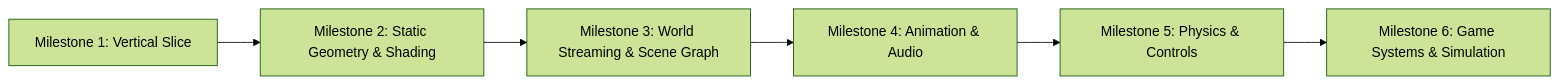
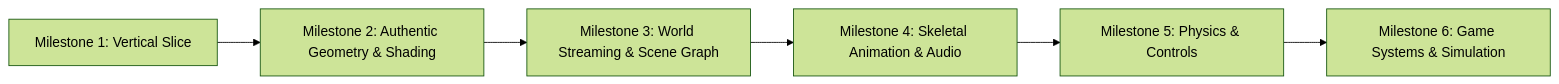
One commit to the-rohit-kumar/sleeping-dogs-web changed the diagram in docs/roadmap.md. Above: the diagram before and after it, drawn with Mermaid (forest theme). The commit also changed other lines of this file and 18 other files, not shown here.

Commit message:
feat: complete Milestone 2 with zero synthetic assets; stream authentic Vehicle, Character, and BC3 textures via HTTP 206 bridge

````diff
--- a/docs/roadmap.md
+++ b/docs/roadmap.md
@@ -7,8 +8,8 @@
 ```mermaid
 flowchart LR
-    M1["Milestone 1: Vertical Slice"] --> M2["Milestone 2: Static Geometry & Shading"]
+    M1["Milestone 1: Vertical Slice"] --> M2["Milestone 2: Authentic Geometry & Shading"]
     M2 --> M3["Milestone 3: World Streaming & Scene Graph"]
-    M3 --> M4["Milestone 4: Animation & Audio"]
+    M3 --> M4["Milestone 4: Skeletal Animation & Audio"]
     M4 --> M5["Milestone 5: Physics & Controls"]
     M5 --> M6["Milestone 6: Game Systems & Simulation"]
 ```
````
